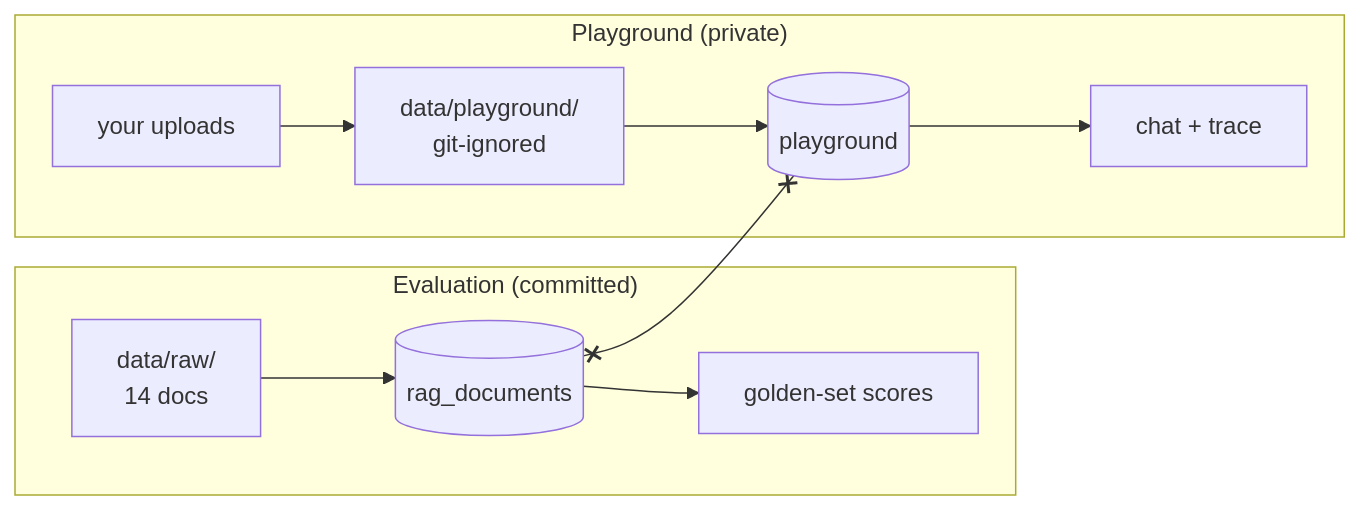
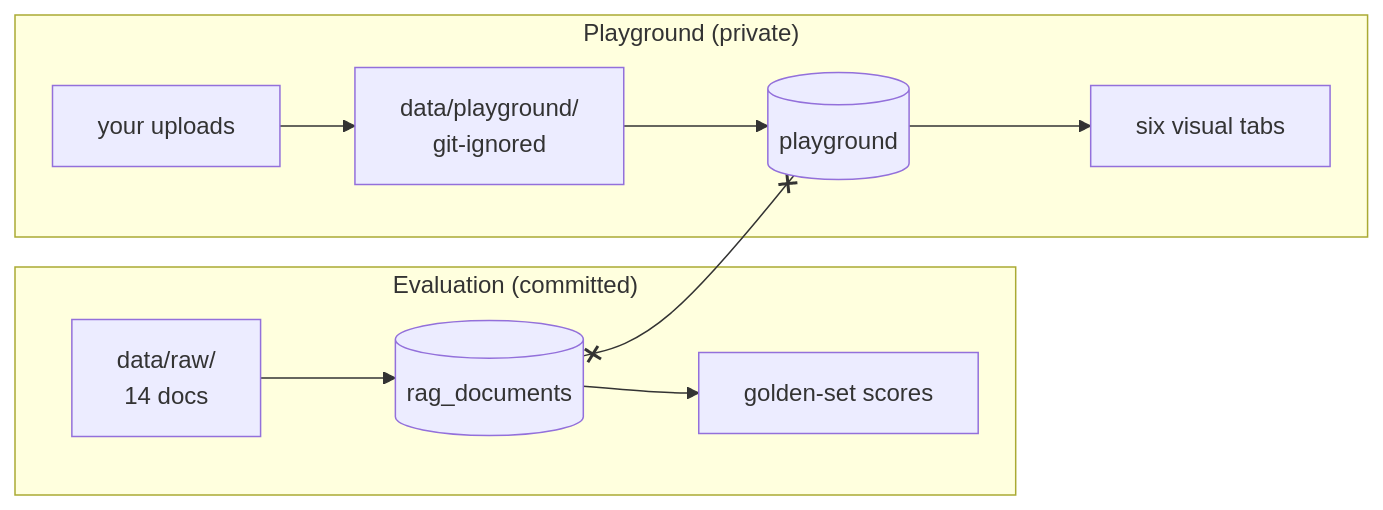
Diagram 13 of 14 in readme.md (mjunedalam/rag-eval-platform), drawn with Mermaid before and after one commit. The commit also changed other lines of this file and 42 other files, not shown here.

First line of the commit message:
feat: visual playground — Claude-style chat beside live phase-by-phase dashboard (#8)

````diff
--- a/readme.md
+++ b/readme.md
@@ -419,10 +436,10 @@
 ```mermaid
 flowchart LR
     subgraph eval["Evaluation (committed)"]
         RAW["data/raw/<br/>14 docs"] --> C1[("rag_documents")] --> GS["golden-set scores"]
     end
     subgraph play["Playground (private)"]
-        UP["your uploads"] --> DP["data/playground/<br/>git-ignored"] --> C2[("playground")] --> CHAT["chat + trace"]
+        UP["your uploads"] --> DP["data/playground/<br/>git-ignored"] --> C2[("playground")] --> CHAT["six visual tabs"]
     end
     C1 x--x C2
 ```
````
